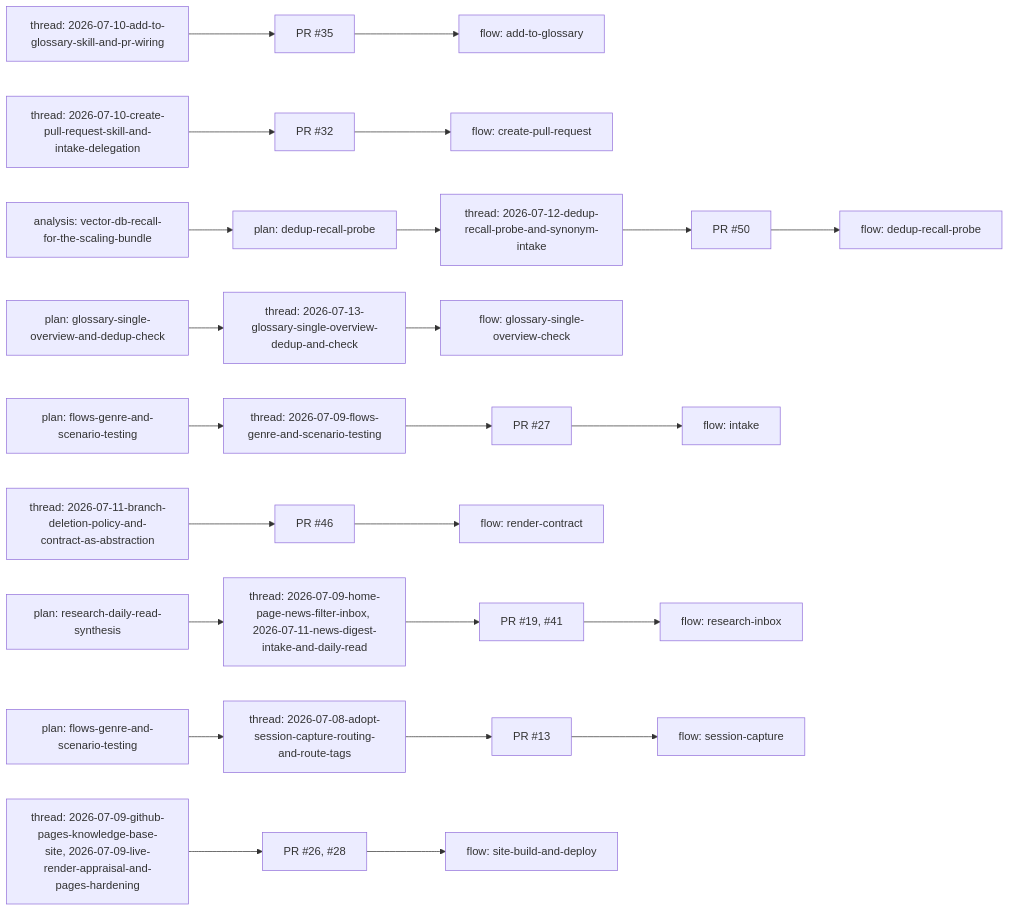
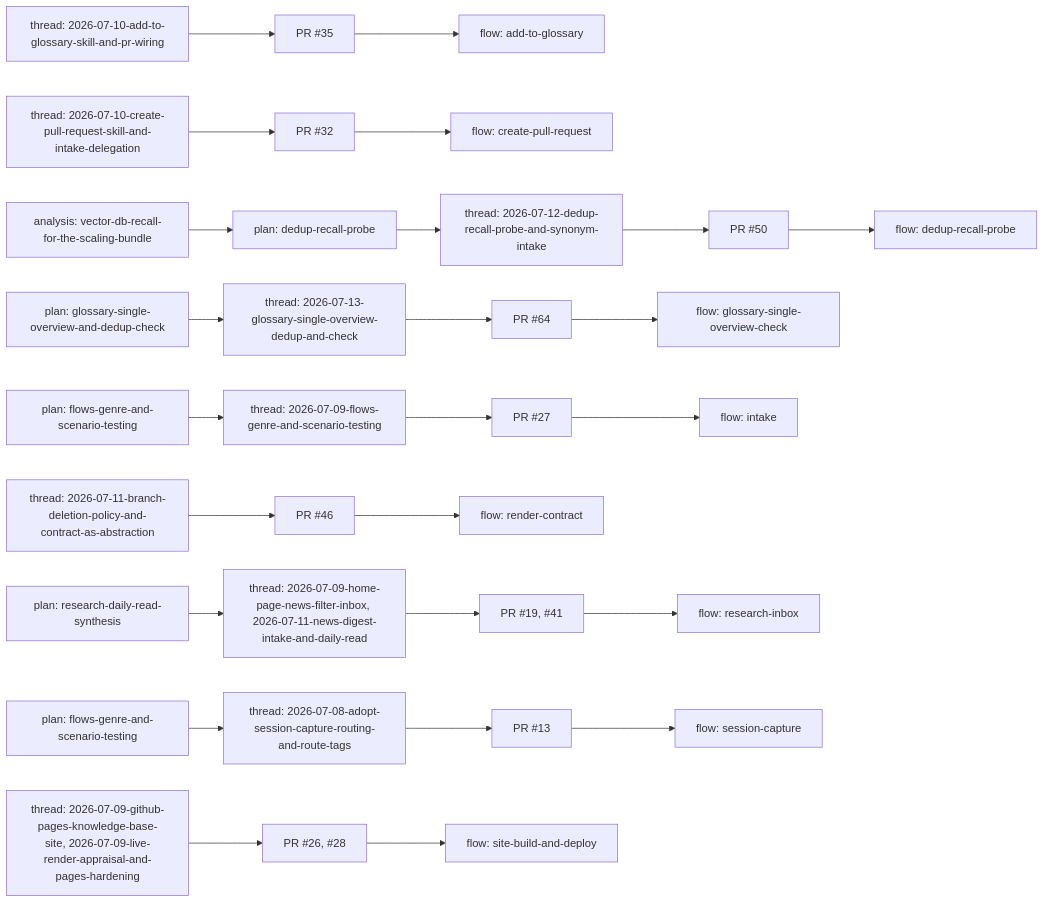
One commit to ob6to8/second-brain changed the diagram in meta/flows/lineage.md. Above: the diagram before and after it, drawn with Mermaid. The commit also changed other lines of this file and 2 other files, not shown here.

Commit message:
Stamp PR #64: thread pr:, flow-doc lineage.pr, drop the pending-back-fill note
The last metadata motion of /create-pull-request: the PR number now exists,
so the thread doc records its durable anchor and the flow doc's lineage
chain completes (plan -> thread -> PR); lineage views rematerialized.

Claude-Session: https://claude.ai/code/session_01Wc8VLsUeobGw4bYap8gpJP

````diff
--- a/meta/flows/lineage.md
+++ b/meta/flows/lineage.md
@@ -19,58 +19,60 @@
 ```mermaid
 flowchart LR
   f0t["thread: 2026-07-10-add-to-glossary-skill-and-pr-wiring"]
   f0r["PR #35"]
   f0f["flow: add-to-glossary"]
   f0t --> f0r
   f0r --> f0f
   f1t["thread: 2026-07-10-create-pull-request-skill-and-intake-delegation"]
   f1r["PR #32"]
   f1f["flow: create-pull-request"]
   f1t --> f1r
   f1r --> f1f
   f2a["analysis: vector-db-recall-for-the-scaling-bundle"]
   f2p["plan: dedup-recall-probe"]
   f2t["thread: 2026-07-12-dedup-recall-probe-and-synonym-intake"]
   f2r["PR #50"]
   f2f["flow: dedup-recall-probe"]
   f2a --> f2p
   f2p --> f2t
   f2t --> f2r
   f2r --> f2f
   f3p["plan: glossary-single-overview-and-dedup-check"]
   f3t["thread: 2026-07-13-glossary-single-overview-dedup-and-check"]
+  f3r["PR #64"]
   f3f["flow: glossary-single-overview-check"]
   f3p --> f3t
-  f3t --> f3f
+  f3t --> f3r
+  f3r --> f3f
   f4p["plan: flows-genre-and-scenario-testing"]
   f4t["thread: 2026-07-09-flows-genre-and-scenario-testing"]
   f4r["PR #27"]
   f4f["flow: intake"]
   f4p --> f4t
   f4t --> f4r
   f4r --> f4f
   f5t["thread: 2026-07-11-branch-deletion-policy-and-contract-as-abstraction"]
   f5r["PR #46"]
   f5f["flow: render-contract"]
   f5t --> f5r
   f5r --> f5f
   f6p["plan: research-daily-read-synthesis"]
   f6t["thread: 2026-07-09-home-page-news-filter-inbox, 2026-07-11-news-digest-intake-and-daily-read"]
   f6r["PR #19, #41"]
   f6f["flow: research-inbox"]
   f6p --> f6t
   f6t --> f6r
   f6r --> f6f
   f7p["plan: flows-genre-and-scenario-testing"]
   f7t["thread: 2026-07-08-adopt-session-capture-routing-and-route-tags"]
   f7r["PR #13"]
   f7f["flow: session-capture"]
   f7p --> f7t
   f7t --> f7r
   f7r --> f7f
   f8t["thread: 2026-07-09-github-pages-knowledge-base-site, 2026-07-09-live-render-appraisal-and-pages-hardening"]
   f8r["PR #26, #28"]
   f8f["flow: site-build-and-deploy"]
   f8t --> f8r
   f8r --> f8f
 ```
````
